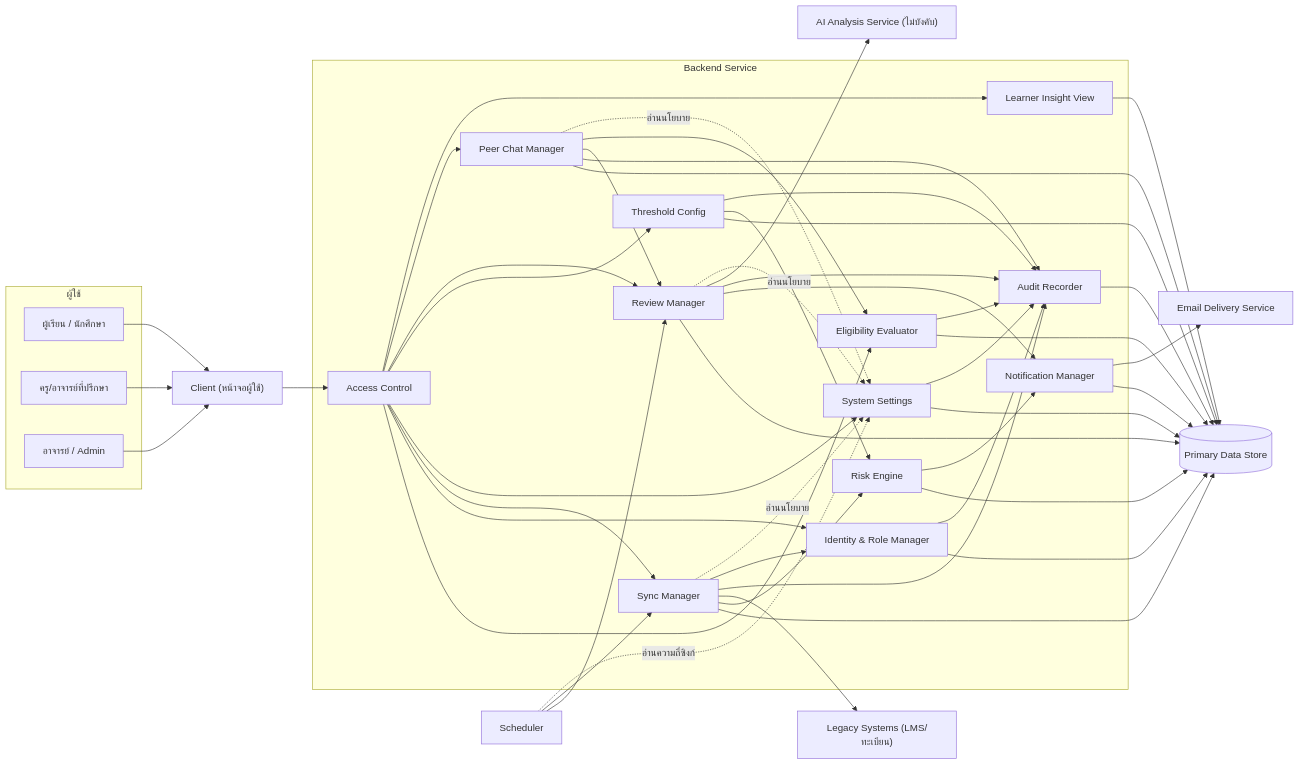
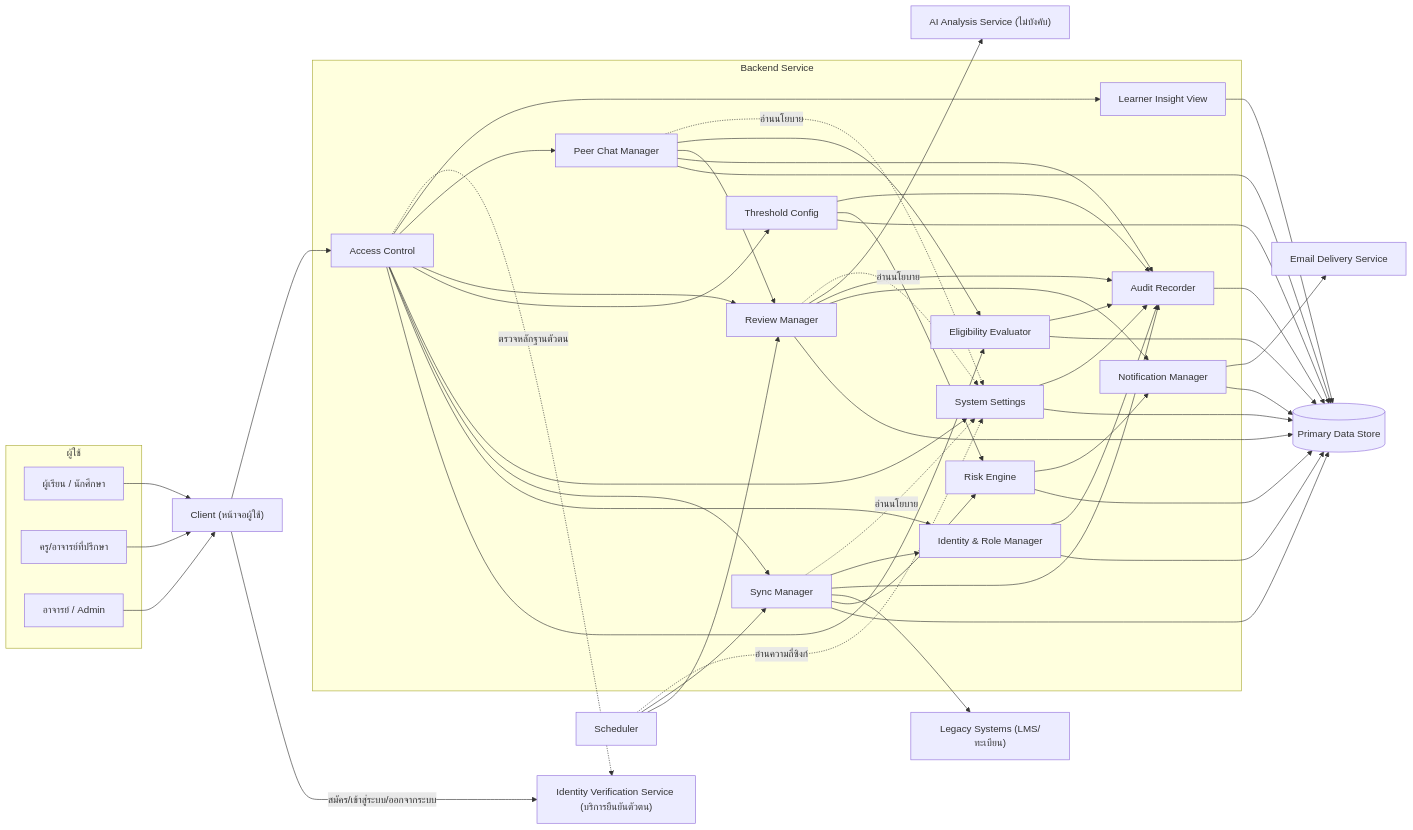
Before and after one commit to PAKOSORUS/Grade-Runway-PROJECT3: the first of 11 diagrams in docs/02-design/02-technical/architecture.md, drawn with Mermaid. The commit also changed other lines of this file and 13 other files, not shown here.

````diff
--- a/docs/02-design/02-technical/architecture.md
+++ b/docs/02-design/02-technical/architecture.md
@@ -54,78 +56,81 @@
 ```mermaid
 flowchart LR
     subgraph Users["ผู้ใช้"]
         L["ผู้เรียน / นักศึกษา"]
         T["ครู/อาจารย์ที่ปรึกษา"]
         R["อาจารย์ / Admin"]
     end
 
     C["Client (หน้าจอผู้ใช้)"]
+    IDV["Identity Verification Service (บริการยืนยันตัวตน)"]
 
     subgraph BE["Backend Service"]
         AC["Access Control"]
         SM["Sync Manager"]
         RE["Risk Engine"]
         TC["Threshold Config"]
         NM["Notification Manager"]
         LV["Learner Insight View"]
         PC["Peer Chat Manager"]
         RM["Review Manager"]
         AR["Audit Recorder"]
         IR["Identity & Role Manager"]
         EV["Eligibility Evaluator"]
         SS["System Settings"]
     end
 
     DS[("Primary Data Store")]
     SCH["Scheduler"]
     LS["Legacy Systems (LMS/ทะเบียน)"]
     EM["Email Delivery Service"]
     AI["AI Analysis Service (ไม่บังคับ)"]
 
     L --> C
     T --> C
     R --> C
     C --> AC
+    C -- สมัคร/เข้าสู่ระบบ/ออกจากระบบ --> IDV
+    AC -. ตรวจหลักฐานตัวตน .-> IDV
     AC --> LV
     AC --> PC
     AC --> RM
     AC --> TC
     AC --> SS
     AC --> SM
     SS --> AR
     SS --> DS
     SM -. อ่านนโยบาย .-> SS
     RM -. อ่านนโยบาย .-> SS
     PC -. อ่านนโยบาย .-> SS
     SCH -. อ่านความถี่ซิงก์ .-> SS
     AC --> IR
     AC --> EV
     SM --> IR
     SM --> AR
     TC --> AR
     PC --> EV
     EV --> AR
     IR --> AR
     IR --> DS
     EV --> DS
     SCH --> SM
     SCH --> RM
     SM --> LS
     SM --> RE
     TC --> RE
     RE --> NM
     NM --> EM
     PC --> RM
     RM --> AI
     RM --> AR
     RM --> NM
     PC --> AR
     SM --> DS
     RE --> DS
     TC --> DS
     NM --> DS
     LV --> DS
     PC --> DS
     RM --> DS
     AR --> DS
 ```
````
